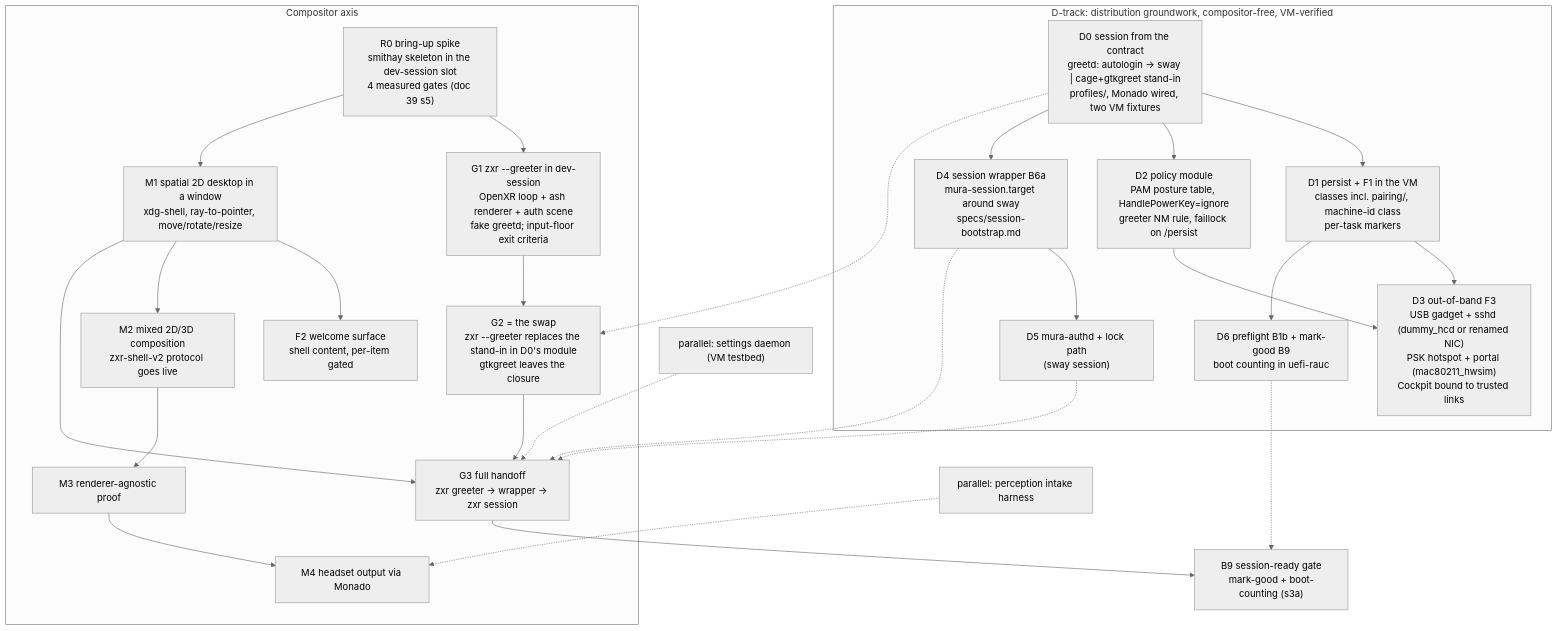
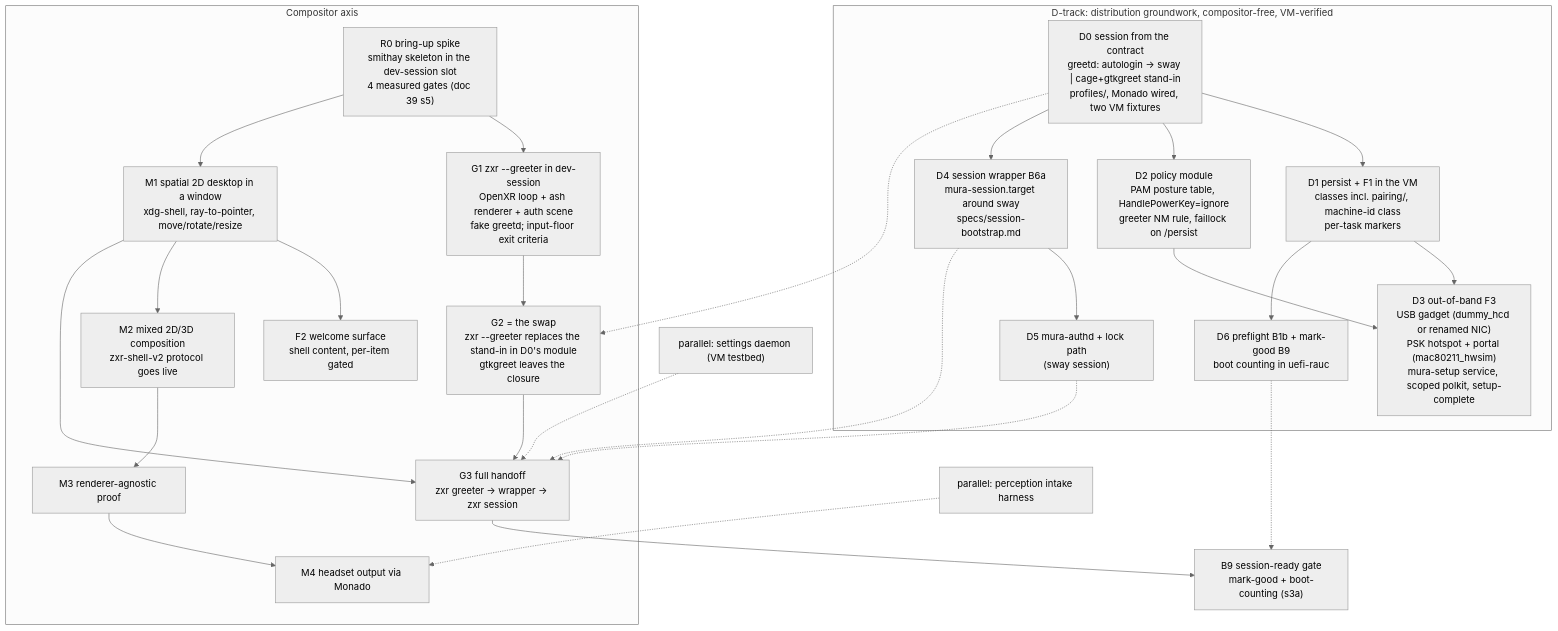
Before and after one commit to mura-os/mura: the diagram in docs/architecture/implementation-path.md, drawn with Mermaid (neutral theme). The commit also changed other lines of this file and 7 other files, not shown here.

````diff
--- a/docs/architecture/implementation-path.md
+++ b/docs/architecture/implementation-path.md
@@ -119,30 +121,30 @@
 ```mermaid
 flowchart TD
     subgraph dtrack [D-track: distribution groundwork, compositor-free, VM-verified]
         D0["D0 session from the contract\ngreetd: autologin -> sway | cage+gtkgreet stand-in\nprofiles/, Monado wired, two VM fixtures"] --> D1["D1 persist + F1 in the VM\nclasses incl. pairing/, machine-id class\nper-task markers"]
         D0 --> D2["D2 policy module\nPAM posture table, HandlePowerKey=ignore\ngreeter NM rule, faillock on /persist"]
-        D1 --> D3["D3 out-of-band F3\nUSB gadget + sshd (dummy_hcd or renamed NIC)\nPSK hotspot + portal (mac80211_hwsim)\nCockpit bound to trusted links"]
+        D1 --> D3["D3 out-of-band F3\nUSB gadget (dummy_hcd or renamed NIC)\nPSK hotspot + portal (mac80211_hwsim)\nmura-setup service, scoped polkit, setup-complete"]
         D2 --> D3
         D0 --> D4["D4 session wrapper B6a\nmura-session.target around sway\nspecs/session-bootstrap.md"]
         D4 --> D5["D5 mura-authd + lock path\n(sway session)"]
         D1 --> D6["D6 preflight B1b + mark-good B9\nboot counting in uefi-rauc"]
     end
     subgraph ctrack [Compositor axis]
         R0["R0 bring-up spike\nsmithay skeleton in the dev-session slot\n4 measured gates (doc 39 s5)"] --> G1["G1 zxr --greeter in dev-session\nOpenXR loop + ash renderer + auth scene\nfake greetd; input-floor exit criteria"]
         R0 --> M1["M1 spatial 2D desktop in a window\nxdg-shell, ray-to-pointer, move/rotate/resize"]
         G1 --> G2["G2 = the swap\nzxr --greeter replaces the stand-in in D0's module\ngtkgreet leaves the closure"]
         M1 --> F2["F2 welcome surface\nshell content, per-item gated"]
         M1 --> M2["M2 mixed 2D/3D composition\nzxr-shell-v2 protocol goes live"]
         G2 --> G3["G3 full handoff\nzxr greeter -> wrapper -> zxr session"]
         M1 --> G3
         M2 --> M3["M3 renderer-agnostic proof"]
         M3 --> M4["M4 headset output via Monado"]
     end
     D0 -.-> G2
     D4 -.-> G3
     D5 -.-> G3
     D6 -.-> B9["B9 session-ready gate\nmark-good + boot-counting (s3a)"]
     G3 --> B9
     SETTINGS["parallel: settings daemon (VM testbed)"] -.-> G3
     PERC["parallel: perception intake harness"] -.-> M4
 ```
````
